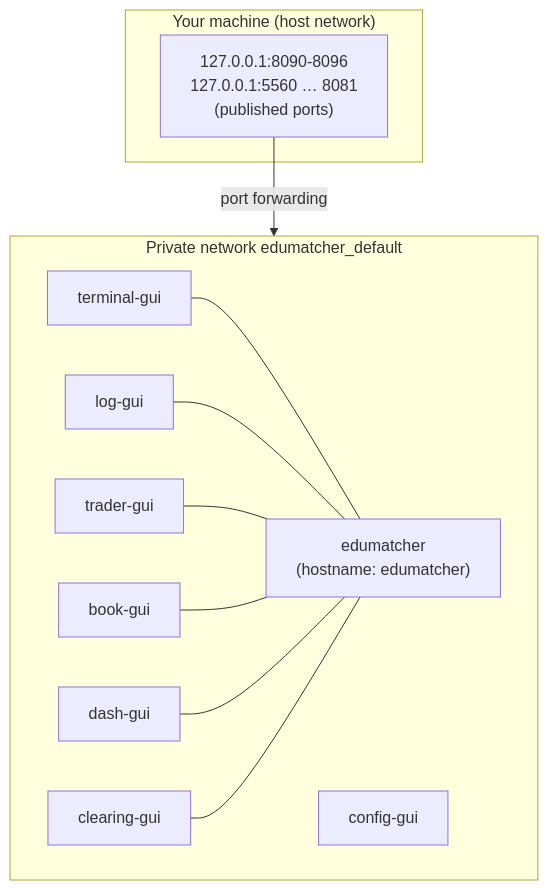
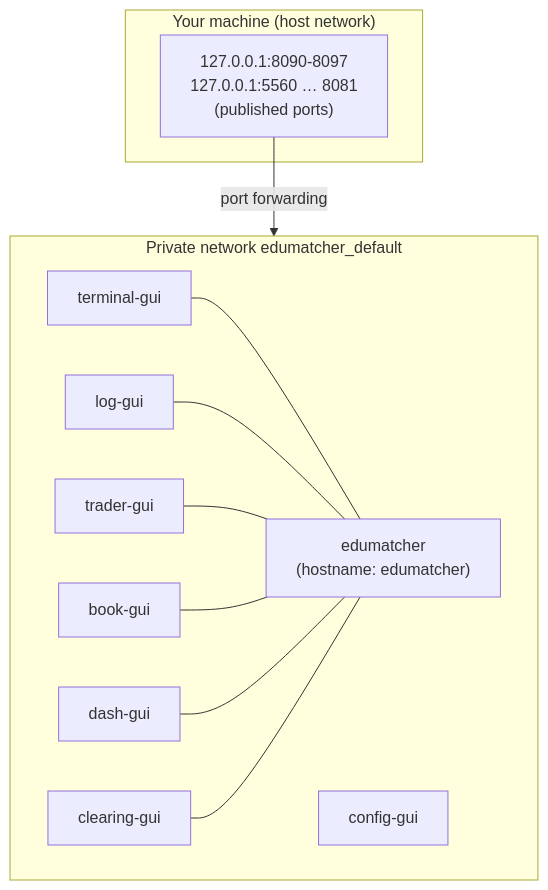
Before and after one commit to johan162/EduMatcher: diagram 12 of 16 in docs/books/operator-guide/part-1-install-and-deploy/030-container-deployment-walkthrough.md, drawn with Mermaid. The commit also changed other lines of this file and 39 other files, not shown here.

````diff
--- a/docs/books/operator-guide/part-1-install-and-deploy/030-container-deployment-walkthrough.md
+++ b/docs/books/operator-guide/part-1-install-and-deploy/030-container-deployment-walkthrough.md
@@ -708,24 +712,24 @@
 ```mermaid
 flowchart TB
     subgraph host["Your machine (host network)"]
-        LO["127.0.0.1:8090-8096\n127.0.0.1:5560 … 8081\n(published ports)"]
+        LO["127.0.0.1:8090-8097\n127.0.0.1:5560 … 8081\n(published ports)"]
     end
     subgraph net["Private network edumatcher_default"]
         direction LR
         E["edumatcher\n(hostname: edumatcher)"]
         T["terminal-gui"]
         L["log-gui"]
         TR["trader-gui"]
         B["book-gui"]
         DG["dash-gui"]
         CL["clearing-gui"]
         C["config-gui"]
     end
     LO -->|"port forwarding"| net
     T --- E
     L --- E
     TR --- E
     B --- E
     DG --- E
     CL --- E
 ```
````
